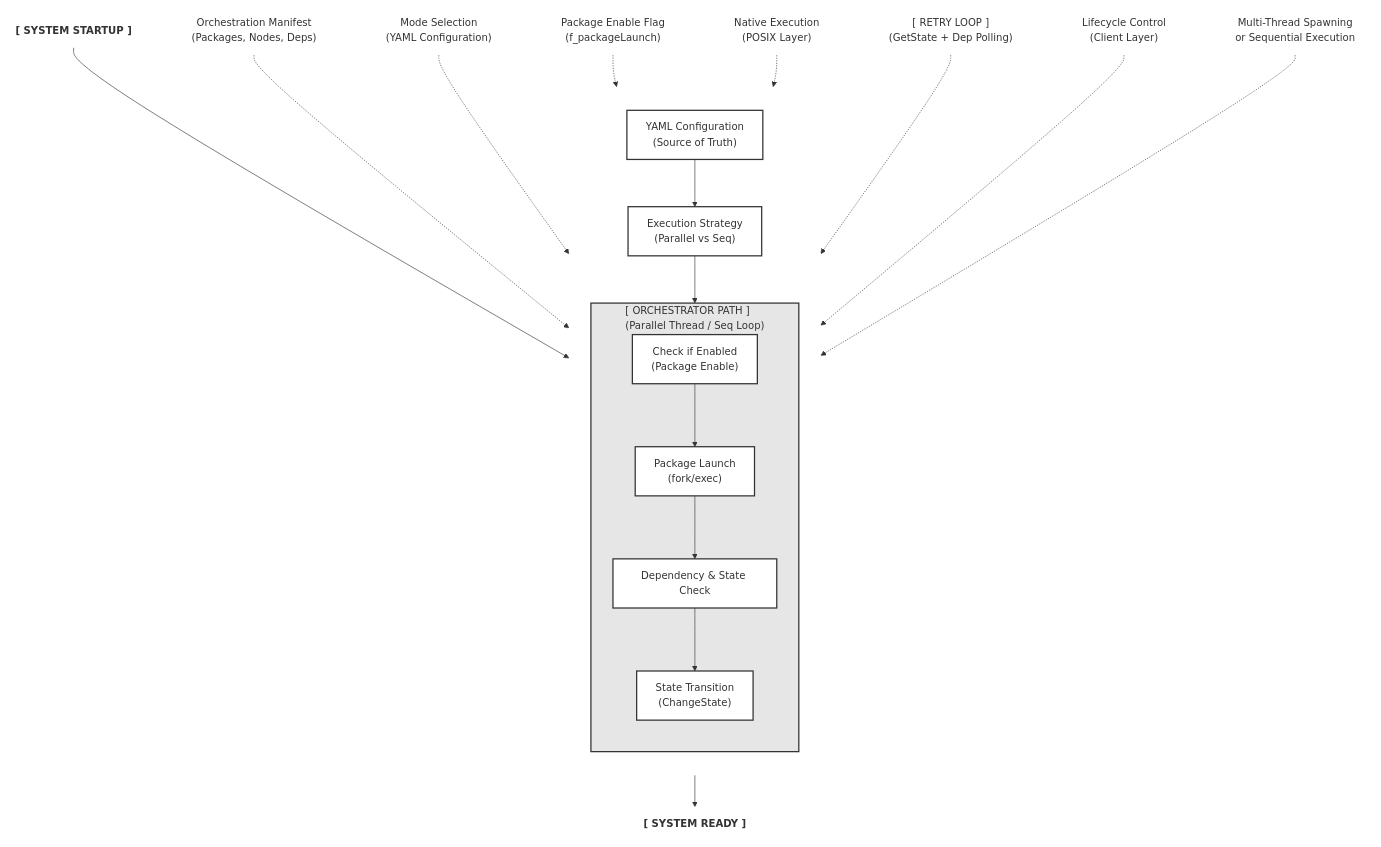
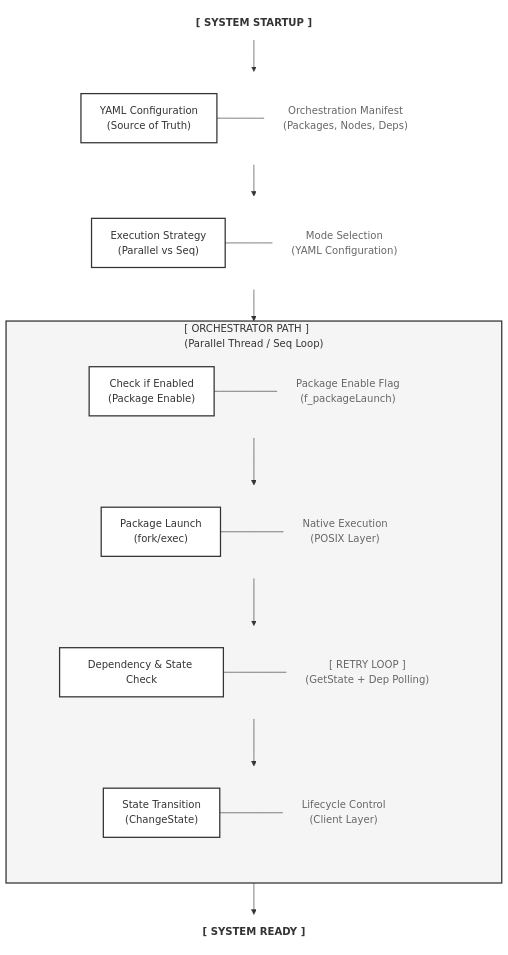
One commit to Open-Edge-Robotics/A.RobotAI-LGE-ROS2-LifecycleManager changed the third of 3 diagrams in README.md. Above: the diagram before and after it, drawn with Mermaid.

````diff
--- a/README.md
+++ b/README.md
@@ -268,58 +268,75 @@
 ```mermaid
 flowchart TD
-    Start("[ SYSTEM STARTUP ]") --> YAML
+    Start["<b>[ SYSTEM STARTUP ]</b>"] --> YAML
     
-    subgraph MainFlow [" "]
+    subgraph S1 [" "]
+        direction LR
+        YAML["YAML Configuration<br/>(Source of Truth)"] --- YAML_D["Orchestration Manifest<br/>(Packages, Nodes, Deps)"]
+    end
+    
+    YAML --> Exec
+    
+    subgraph S2 [" "]
+        direction LR
+        Exec["Execution Strategy<br/>(Parallel vs Seq)"] --- Exec_D["Mode Selection<br/>(YAML Configuration)"]
+    end
+    
+    Exec --> Path
+    
+    subgraph Path ["[ ORCHESTRATOR PATH ]<br/>(Parallel Thread / Seq Loop)"]
         direction TB
-        YAML["YAML Configuration<br/>(Source of Truth)"]
-        Exec["Execution Strategy<br/>(Parallel vs Seq)"]
         
-        subgraph Path ["[ ORCHESTRATOR PATH ]<br/>(Parallel Thread / Seq Loop)"]
-            direction TB
-            Check["Check if Enabled<br/>(Package Enable)"]
-            Launch["Package Launch<br/>(fork/exec)"]
-            Dep["Dependency & State Check"]
-            Trans["State Transition<br/>(ChangeState)"]
-            
-            Check --> Launch
-            Launch --> Dep
-            Dep --> Trans
+        subgraph R1 [" "]
+            direction LR
+            Check["Check if Enabled<br/>(Package Enable)"] --- Check_D["Package Enable Flag<br/>(f_packageLaunch)"]
         end
         
-        YAML --> Exec
-        Exec --> Path
+        Check --> Launch
+        
+        subgraph R2 [" "]
+            direction LR
+            Launch["Package Launch<br/>(fork/exec)"] --- Launch_D["Native Execution<br/>(POSIX Layer)"]
+        end
+        
+        Launch --> Dep
+        
+        subgraph R3 [" "]
+            direction LR
+            Dep["Dependency & State Check"] --- Dep_D["[ RETRY LOOP ]<br/>(GetState + Dep Polling)"]
+        end
+        
+        Dep --> Trans
+        
+        subgraph R4 [" "]
+            direction LR
+            Trans["State Transition<br/>(ChangeState)"] --- Trans_D["Lifecycle Control<br/>(Client Layer)"]
+        end
     end
 
-    %% Descriptions on the right
-    YAML_D["Orchestration Manifest<br/>(Packages, Nodes, Deps)"] -.-> YAML
-    Exec_D["Mode Selection<br/>(YAML Configuration)"] -.-> Exec
+    Path --> Ready["<b>[ SYSTEM READY ]</b>"]
+
+    style S1 fill:none,stroke:none
+    style S2 fill:none,stroke:none
+    style R1 fill:none,stroke:none
+    style R2 fill:none,stroke:none
+    style R3 fill:none,stroke:none
+    style R4 fill:none,stroke:none
     
-    Path_D["Multi-Thread Spawning<br/>or Sequential Execution"] -.-> Path
-    
-    Check_D["Package Enable Flag<br/>(f_packageLaunch)"] -.-> Check
-    Launch_D["Native Execution<br/>(POSIX Layer)"] -.-> Launch
-    Dep_D["[ RETRY LOOP ]<br/>(GetState + Dep Polling)"] -.-> Dep
-    Trans_D["Lifecycle Control<br/>(Client Layer)"] -.-> Trans
-
-    Path --> Ready("[ SYSTEM READY ]")
-
-    style MainFlow fill:none,stroke:none
-    style Path fill:#e6e6e6,stroke:#333,stroke-width:2px
-    style Start fill:#fff,stroke:none,font-weight:bold
-    style Ready fill:#fff,stroke:none,font-weight:bold
+    style Path fill:#f5f5f5,stroke:#333,stroke-width:2px
+    style Start fill:none,stroke:none
+    style Ready fill:none,stroke:none
     
     style YAML fill:#fff,stroke:#333,stroke-width:2px
     style Exec fill:#fff,stroke:#333,stroke-width:2px
     style Check fill:#fff,stroke:#333,stroke-width:2px
     style Launch fill:#fff,stroke:#333,stroke-width:2px
     style Dep fill:#fff,stroke:#333,stroke-width:2px
     style Trans fill:#fff,stroke:#333,stroke-width:2px
 
-    style YAML_D fill:none,stroke:none
-    style Exec_D fill:none,stroke:none
-    style Path_D fill:none,stroke:none
-    style Check_D fill:none,stroke:none
-    style Launch_D fill:none,stroke:none
-    style Dep_D fill:none,stroke:none
-    style Trans_D fill:none,stroke:none
+    style YAML_D fill:none,stroke:none,color:#666
+    style Exec_D fill:none,stroke:none,color:#666
+    style Check_D fill:none,stroke:none,color:#666
+    style Launch_D fill:none,stroke:none,color:#666
+    style Dep_D fill:none,stroke:none,color:#666
+    style Trans_D fill:none,stroke:none,color:#666
 ```
````
